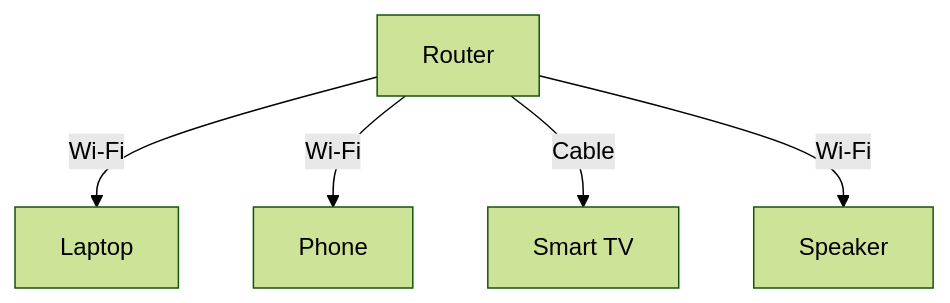
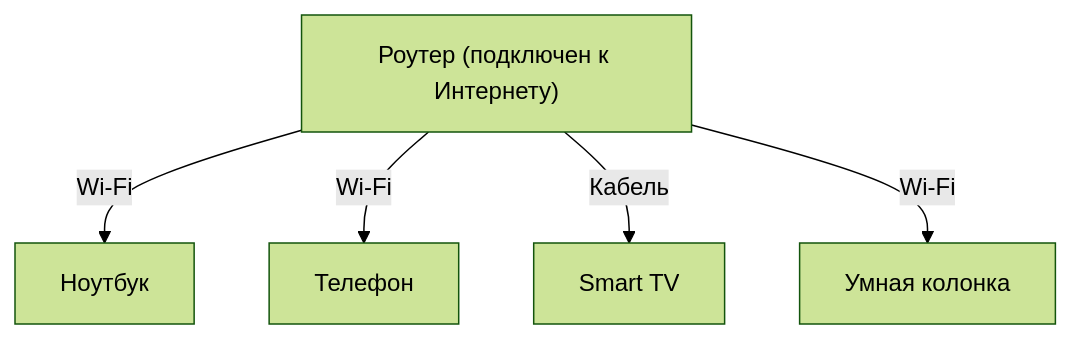
One commit to RuslanRinatovich/OP11_COMP_SETI changed the ninth of 9 diagrams in semester_01/lesson_01/lecture_01.md. Above: the diagram before and after it, drawn with Mermaid (forest theme).

````diff
--- a/semester_01/lesson_01/lecture_01.md
+++ b/semester_01/lesson_01/lecture_01.md
@@ -586,7 +586,7 @@
 ```mermaid
-graph TD
-    R[Router] -->|Wi-Fi| L[Laptop]
-    R -->|Wi-Fi| P[Phone]
-    R -->|Cable| TV[Smart TV]
-    R -->|Wi-Fi| S[Speaker]
+flowchart TD
+    R["Роутер (подключен к Интернету)"] -->|Wi-Fi| L["Ноутбук"]
+    R -->|Wi-Fi| P["Телефон"]
+    R -->|Кабель| TV["Smart TV"]
+    R -->|Wi-Fi| S["Умная колонка"]
 ```
````
